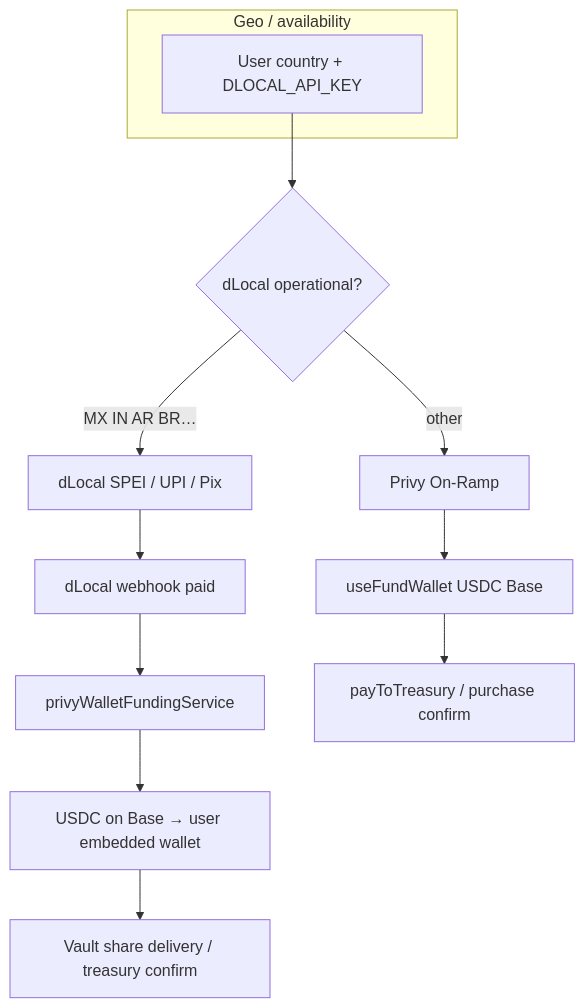
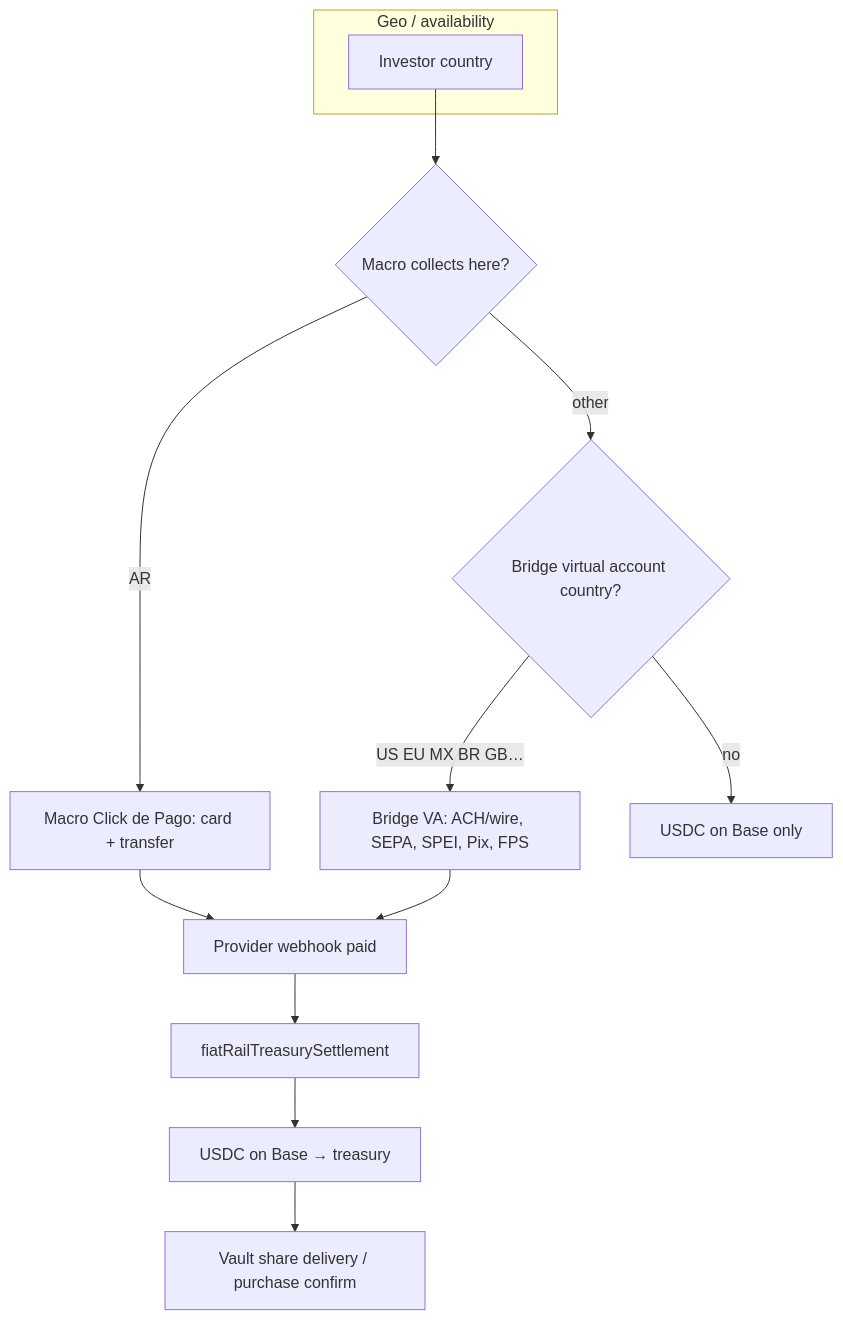
The third of 5 diagrams in docs/architecture/web3-onboarding-payments-lending.md (claudioschejter-stack/sano.token), drawn with Mermaid before and after one commit. The commit also changed other lines of this file and 86 other files, not shown here.

First line of the commit message:
Pasarelas: Macro donde cobra, Bridge donde no, y Transak/dLocal fuera del código (#138)

````diff
--- a/docs/architecture/web3-onboarding-payments-lending.md
+++ b/docs/architecture/web3-onboarding-payments-lending.md
@@ -64,18 +64,18 @@
 ```mermaid
 flowchart TD
   subgraph geo [Geo / availability]
-    C[User country + DLOCAL_API_KEY]
+    C[Investor country]
   end
 
-  C --> D{dLocal operational?}
-  D -->|MX IN AR BR…| E[dLocal SPEI / UPI / Pix]
-  D -->|other| F[Privy On-Ramp]
+  C --> D{Macro collects here?}
+  D -->|AR| E[Macro Click de Pago: card + transfer]
+  D -->|other| F{Bridge virtual account country?}
+  F -->|US EU MX BR GB…| G[Bridge VA: ACH/wire, SEPA, SPEI, Pix, FPS]
+  F -->|no| H[USDC on Base only]
 
-  E --> G[dLocal webhook paid]
-  G --> H[privyWalletFundingService]
-  H --> I[USDC on Base → user embedded wallet]
-  I --> J[Vault share delivery / treasury confirm]
-
-  F --> K[useFundWallet USDC Base]
-  K --> L[payToTreasury / purchase confirm]
+  E --> I[Provider webhook paid]
+  G --> I
+  I --> J[fiatRailTreasurySettlement]
+  J --> K[USDC on Base → treasury]
+  K --> L[Vault share delivery / purchase confirm]
 ```
````
